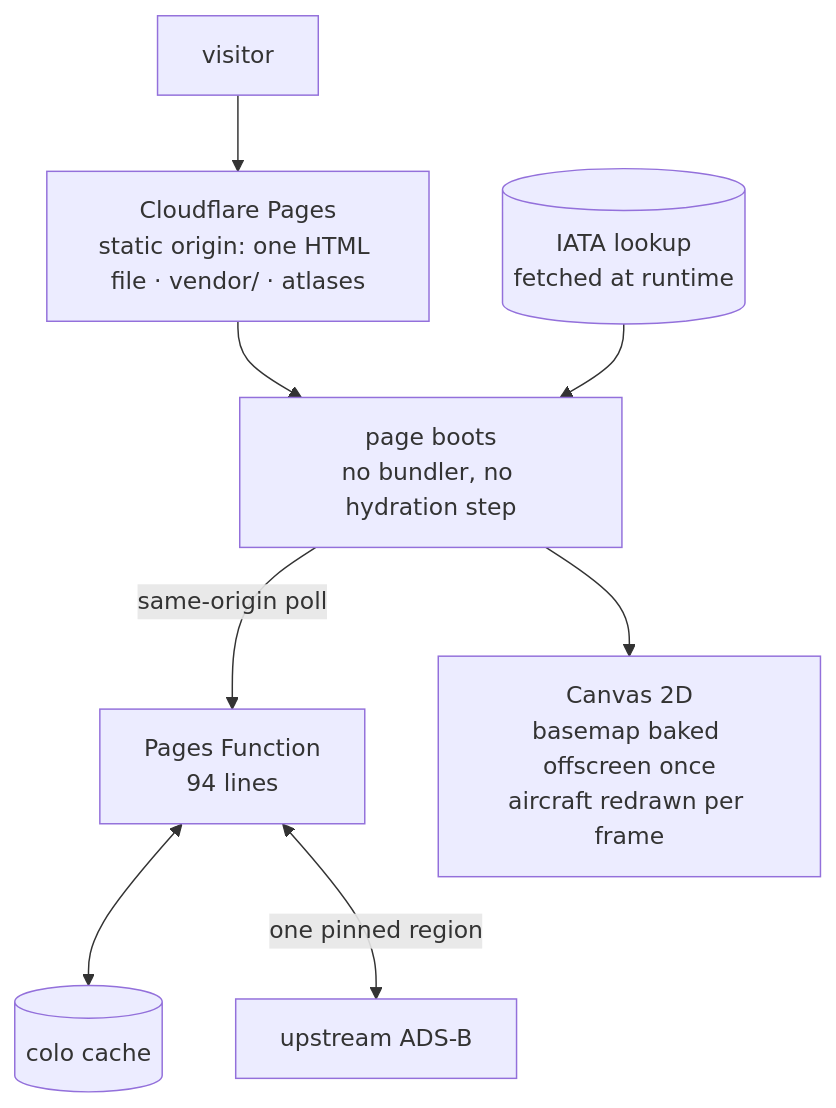
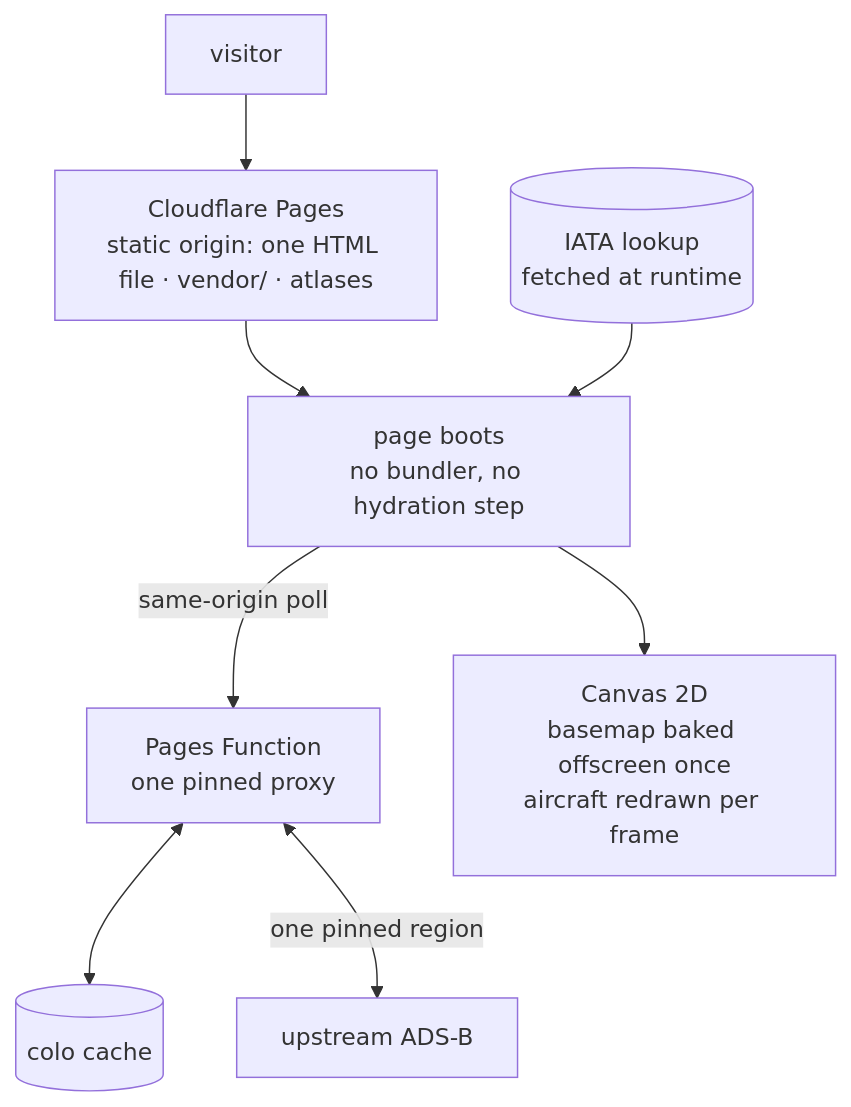
Before and after one commit to klauslila/klauslila-showcase: the first of 3 diagrams in README.md, drawn with Mermaid. The commit also changed other lines of this file, not shown here.

````diff
--- a/README.md
+++ b/README.md
@@ -30,10 +30,10 @@
 ```mermaid
 flowchart TB
   V["visitor"] --> CP["Cloudflare Pages<br/>static origin: one HTML file · vendor/ · atlases"]
   CP --> PB["page boots<br/>no bundler, no hydration step"]
-  PB -->|"same-origin poll"| EF["Pages Function<br/>94 lines"]
+  PB -->|"same-origin poll"| EF["Pages Function<br/>one pinned proxy"]
   EF <--> CA[("colo cache")]
   EF <-->|"one pinned region"| UP["upstream ADS-B"]
   PB --> CV["Canvas 2D<br/>basemap baked offscreen once<br/>aircraft redrawn per frame"]
   IA[("IATA lookup<br/>fetched at runtime")] --> PB
 ```
````
